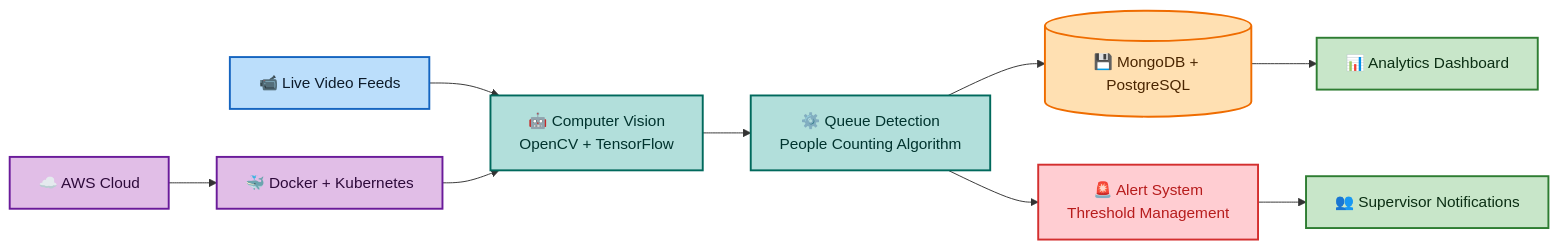
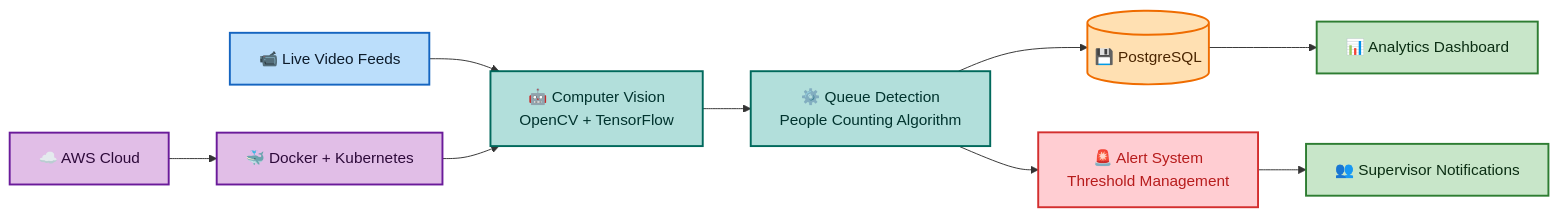
The diagram in assets/images/diagrams/qlm/qlm-architecture_overview.mmd (nitty01/html-portfolio), drawn with Mermaid before and after one commit. The commit also changed 5 other files, not shown here.

```diff
--- a/assets/images/diagrams/qlm/qlm-architecture_overview.mmd
+++ b/assets/images/diagrams/qlm/qlm-architecture_overview.mmd
@@ -1,35 +1,35 @@
 graph LR
     %% ---------------------- Data Sources ----------------------
     A[📹 Live Video Feeds] --> B[🤖 Computer Vision<br/>OpenCV + TensorFlow]
     
     %% ---------------------- Processing ----------------------
     B --> C[⚙️ Queue Detection<br/>People Counting Algorithm]
     
     %% ---------------------- Storage ----------------------
-    C --> D[(💾 MongoDB + PostgreSQL)]
+    C --> D[(💾 PostgreSQL)]
     
     %% ---------------------- Alerting ----------------------
     C --> E[🚨 Alert System<br/>Threshold Management]
     
     %% ---------------------- Outputs ----------------------
     D --> F[📊 Analytics Dashboard]
     E --> G[👥 Supervisor Notifications]
     
     %% ---------------------- Infrastructure ----------------------
     H[🐳 Docker + Kubernetes] --> B
     I[☁️ AWS Cloud] --> H
     
     %% ---------------------- Styles ----------------------
     classDef source fill:#BBDEFB,stroke:#1565C0,stroke-width:2px,color:#0D1B2A;
     classDef processing fill:#B2DFDB,stroke:#00695C,stroke-width:2px,color:#00332E;
     classDef storage fill:#FFE0B2,stroke:#EF6C00,stroke-width:2px,color:#4A2500;
     classDef alerting fill:#FFCDD2,stroke:#D32F2F,stroke-width:2px,color:#B71C1C;
     classDef output fill:#C8E6C9,stroke:#2E7D32,stroke-width:2px,color:#0B2E13;
     classDef infra fill:#E1BEE7,stroke:#6A1B9A,stroke-width:2px,color:#2D0A3A;
     
     class A source
     class B,C processing
     class D storage
     class E alerting
     class F,G output
     class H,I infra
```
